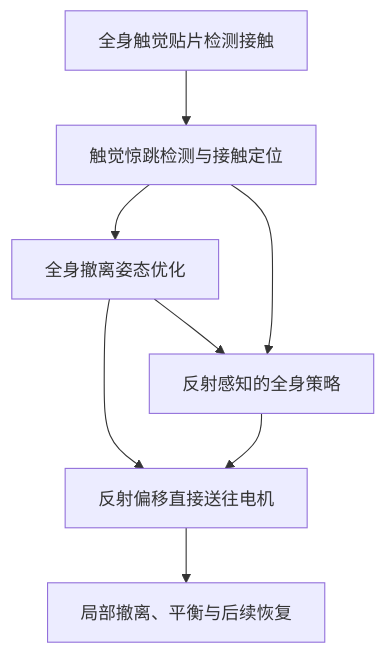
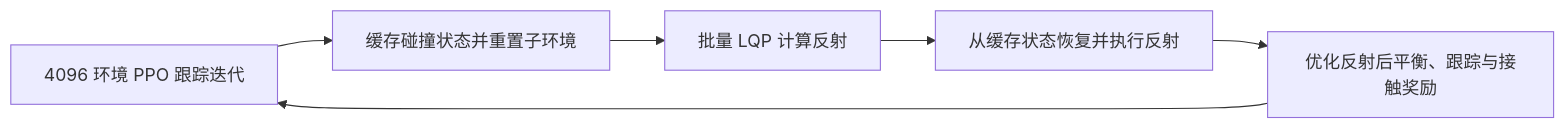
One commit to ImChong/Robotics_Notebooks changed the second of 2 diagrams in wiki/entities/paper-reflexarc.md. Above: the diagram before and after it, drawn with Mermaid. The commit also changed other lines of this file, not shown here.

````diff
--- a/wiki/entities/paper-reflexarc.md
+++ b/wiki/entities/paper-reflexarc.md
@@ -54,10 +114,8 @@
 ```mermaid
-flowchart TD
-  touch["全身触觉贴片检测接触"] --> detector["触觉惊跳检测与接触定位"]
-  detector --> solver["全身撤离姿态优化"]
-  solver --> motor["反射偏移直接送往电机"]
-  detector --> policy["反射感知的全身策略"]
-  solver --> policy
-  policy --> motor
-  motor --> recovery["局部撤离、平衡与后续恢复"]
+flowchart LR
+  track["4096 环境 PPO 跟踪迭代"] --> buffer["缓存碰撞状态并重置子环境"]
+  buffer --> batch["批量 LQP 计算反射"]
+  batch --> replay["从缓存状态恢复并执行反射"]
+  replay --> train["优化反射后平衡、跟踪与接触奖励"]
+  train --> track
 ```
````
